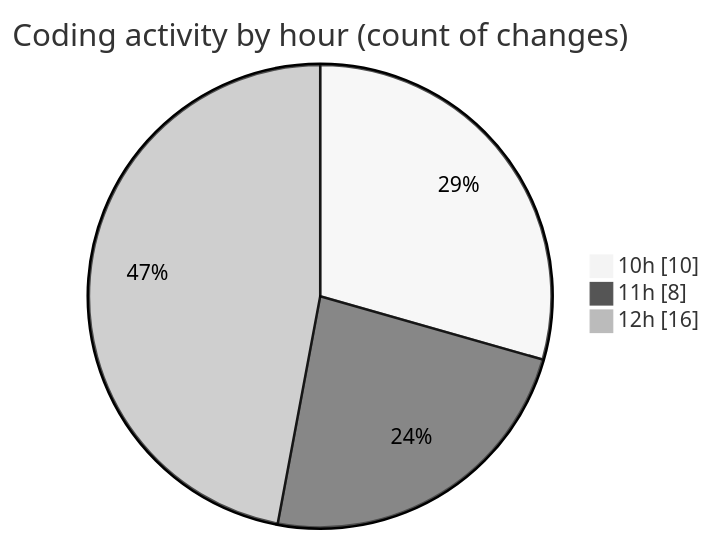
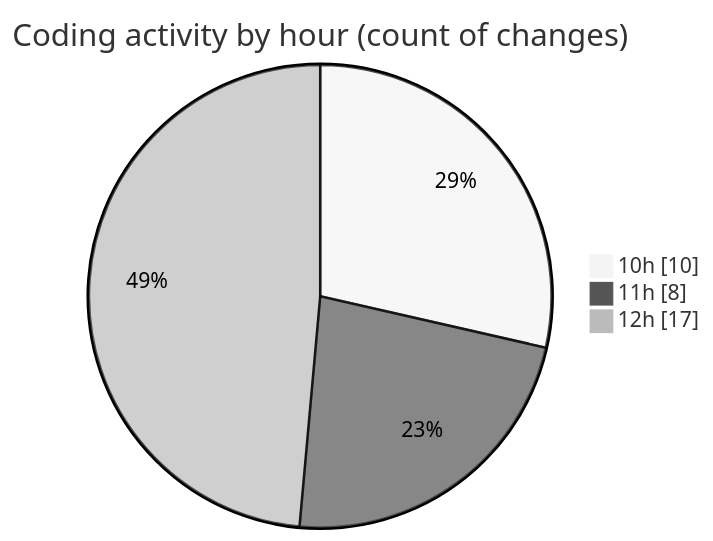
The second of 2 diagrams in 2025-12-03/cda/README.md (momahboobian/code-tracking), drawn with Mermaid (neutral theme) before and after one commit. The commit also changed other lines of this file and 1 other file, not shown here.

````diff
--- a/2025-12-03/cda/README.md
+++ b/2025-12-03/cda/README.md
@@ -41,7 +42,7 @@
 ```mermaid
 pie showData
 title Coding activity by hour (count of changes)
 "10h" : 10
 "11h" : 8
-"12h" : 16
+"12h" : 17
 ```
````
